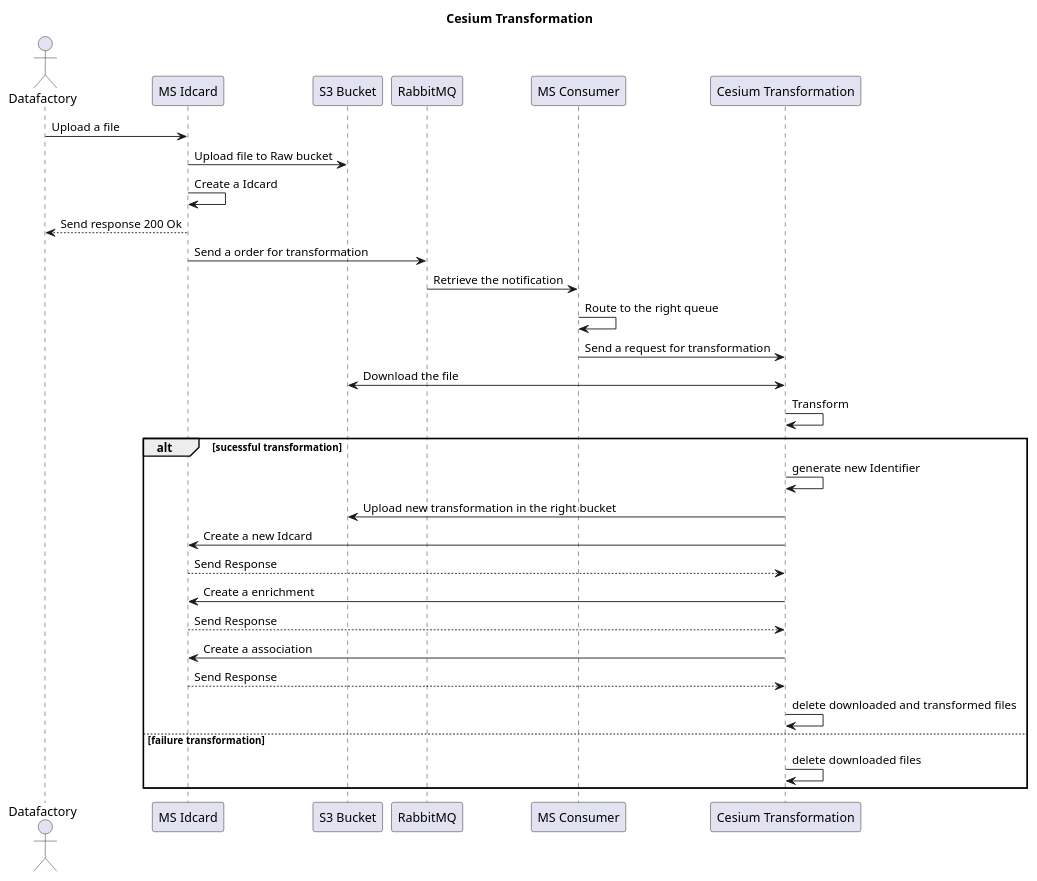
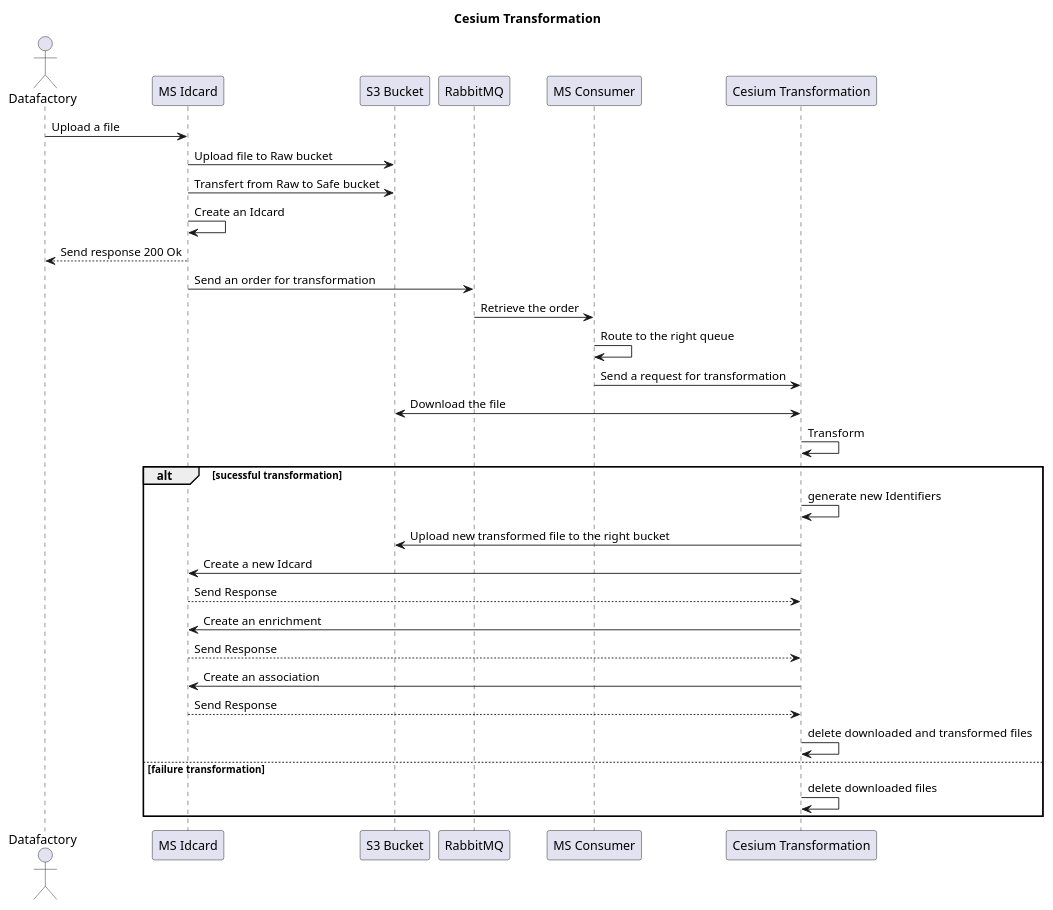
One commit to cogirep/documentation changed the diagram in 01.byd-DataFactory/4.DeploymentDossier/img/seq_transfoCesium.puml. Above: the diagram before and after it, drawn with PlantUML. The commit also changed 5 other files, not shown here.

```diff
--- a/01.byd-DataFactory/4.DeploymentDossier/img/seq_transfoCesium.puml
+++ b/01.byd-DataFactory/4.DeploymentDossier/img/seq_transfoCesium.puml
@@ -1,37 +1,38 @@
 @startuml seq_transfoCesium
 title Cesium Transformation 
 
 actor Datafactory as DF
 participant "MS Idcard" as Idcard
 participant "S3 Bucket" as S3
 participant "RabbitMQ" as RabbitMQ
 participant "MS Consumer" as Consumer
 participant "Cesium Transformation" as Transfo
 
 DF -> Idcard: Upload a file
 Idcard -> S3: Upload file to Raw bucket
-Idcard -> Idcard: Create a Idcard
+Idcard -> S3: Transfert from Raw to Safe bucket
+Idcard -> Idcard: Create an Idcard
 DF <-- Idcard: Send response 200 Ok
 
-Idcard -> RabbitMQ: Send a order for transformation
-RabbitMQ -> Consumer: Retrieve the notification
+Idcard -> RabbitMQ: Send an order for transformation
+RabbitMQ -> Consumer: Retrieve the order
 Consumer -> Consumer: Route to the right queue
 
 Consumer -> Transfo: Send a request for transformation
 Transfo <-> S3: Download the file
 Transfo -> Transfo: Transform
 alt sucessful transformation
-  Transfo -> Transfo: generate new Identifier
-  Transfo -> S3: Upload new transformation in the right bucket
+  Transfo -> Transfo: generate new Identifiers
+  Transfo -> S3: Upload new transformed file to the right bucket
   Transfo -> Idcard: Create a new Idcard
   Idcard --> Transfo: Send Response
-  Transfo -> Idcard: Create a enrichment
+  Transfo -> Idcard: Create an enrichment
   Idcard --> Transfo: Send Response
-  Transfo -> Idcard: Create a association
+  Transfo -> Idcard: Create an association
   Idcard --> Transfo: Send Response
   Transfo -> Transfo: delete downloaded and transformed files
 else failure transformation
   Transfo -> Transfo: delete downloaded files
 end
 
 @enduml
```
